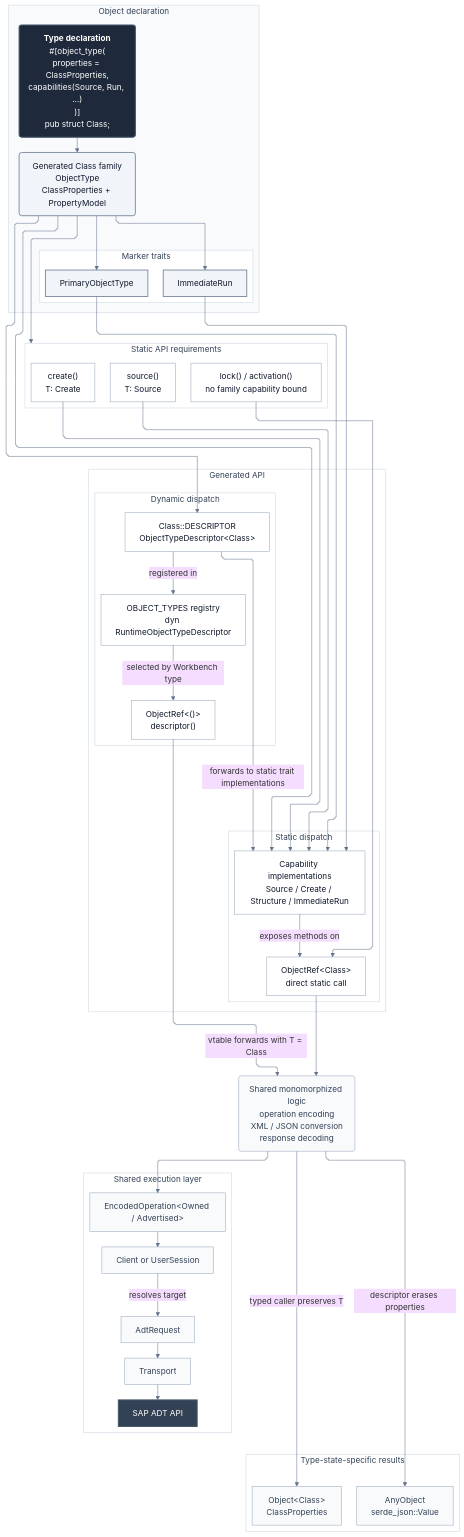
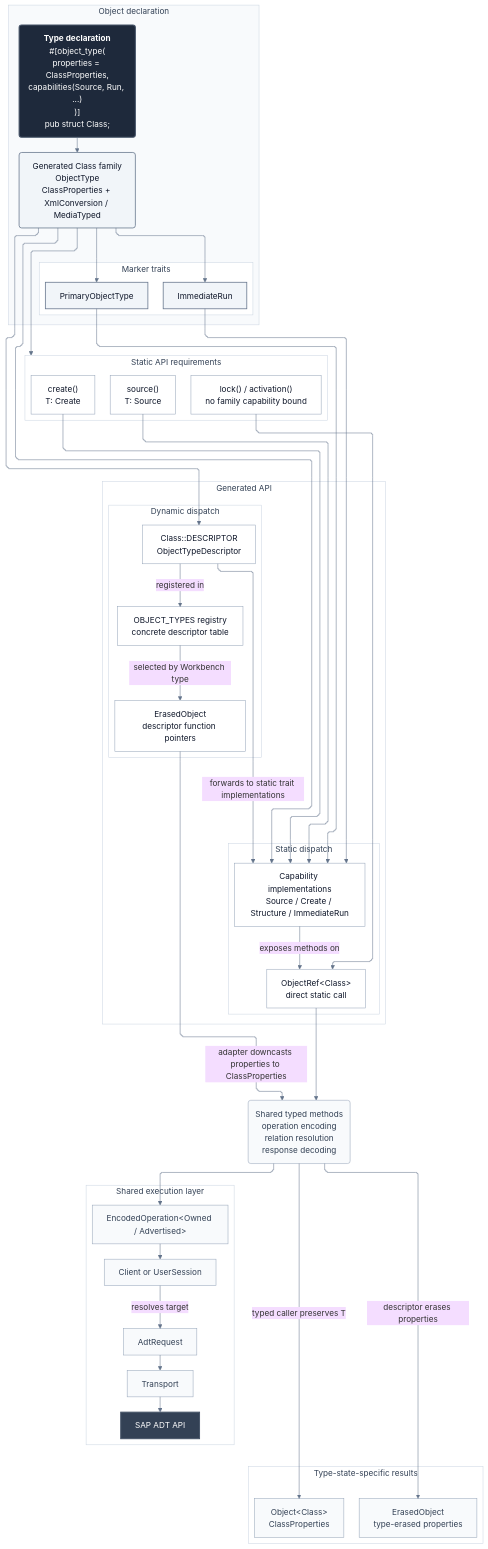
The diagram in crates/zadt/README.md (kennyhml/ziege), drawn with Mermaid before and after one commit. The commit also changed other lines of this file and 56 other files, not shown here.

Commit message:
refactor: use Any for type erased properties

```diff
--- a/crates/zadt/README.md
+++ b/crates/zadt/README.md
@@ -81,7 +81,7 @@
     subgraph DEFINITION["Object declaration"]
         direction TB
         DECLARATION["<strong>Type declaration</strong><br>#[object_type(<br>properties = ClassProperties,<br>capabilities(Source, Run, ...)<br>)]<br>pub struct Class;"]
-        FAMILY["Generated Class family<br>ObjectType<br>ClassProperties + PropertyModel"]
+        FAMILY["Generated Class family<br>ObjectType<br>ClassProperties + XmlConversion / MediaTyped"]
 
         subgraph MARKERS["Marker traits"]
             direction LR
@@ -112,16 +112,16 @@
 
         subgraph DYNAMIC["Dynamic dispatch"]
             direction TB
-            DESCRIPTOR["Class::DESCRIPTOR<br>ObjectTypeDescriptor&lt;Class&gt;"]
-            REGISTRY["OBJECT_TYPES registry<br>dyn RuntimeObjectTypeDescriptor"]
-            RUNTIME_CALL["ObjectRef&lt;()&gt;<br>descriptor()"]
+            DESCRIPTOR["Class::DESCRIPTOR<br>ObjectTypeDescriptor"]
+            REGISTRY["OBJECT_TYPES registry<br>concrete descriptor table"]
+            RUNTIME_CALL["ErasedObject<br>descriptor function pointers"]
         end
     end
 
     subgraph RESULTS["Type-state-specific results"]
         direction LR
         TYPED_OBJECT["Object&lt;Class&gt;<br>ClassProperties"]
-        RUNTIME_OBJECT["AnyObject<br>serde_json::Value"]
+        RUNTIME_OBJECT["ErasedObject<br>type-erased properties"]
     end
 
     subgraph EXECUTION["Shared execution layer"]
@@ -148,8 +148,8 @@
     REGISTRY -->|selected by Workbench type| RUNTIME_CALL
     DESCRIPTOR -->|forwards to static trait implementations| CAPABILITIES
 
-    TYPED_CALL --> LOGIC["Shared monomorphized logic<br>operation encoding<br>XML / JSON conversion<br>response decoding"]
-    RUNTIME_CALL -->|vtable forwards with T = Class| LOGIC
+    TYPED_CALL --> LOGIC["Shared typed methods<br>operation encoding<br>relation resolution<br>response decoding"]
+    RUNTIME_CALL -->|adapter downcasts properties to ClassProperties| LOGIC
     LOGIC -->|typed caller preserves T| TYPED_OBJECT
     LOGIC -->|descriptor erases properties| RUNTIME_OBJECT
 
```
